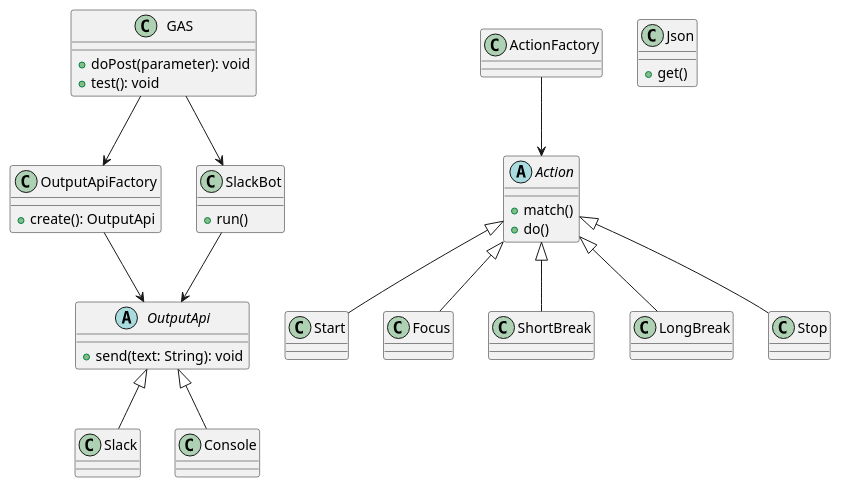
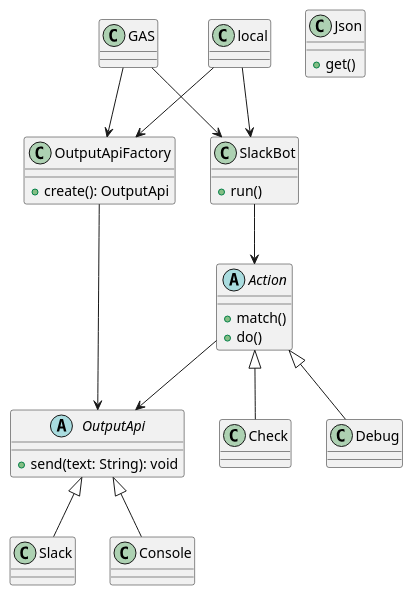
Before and after one commit to cajonito/gym_record: the diagram in doc/class.pu, drawn with PlantUML.

Commit message:
クラス図の修正 #19

```diff
--- a/doc/class.pu
+++ b/doc/class.pu
@@ -1,52 +1,47 @@
 @startuml class
 class GAS {
-  + doPost(parameter): void
-  + test(): void
 }
+
+class local {
+}
+
 
 class OutputApiFactory {
   + create(): OutputApi
 }
 
 abstract OutputApi {
   + send(text: String): void
 }
 
 class Slack
 class Console
 
 OutputApi <|-- Slack
 OutputApi <|-- Console
 OutputApiFactory --> OutputApi
 
 class SlackBot {
   + run()
 }
 
 GAS --> SlackBot
 GAS --> OutputApiFactory
-SlackBot --> OutputApi
+local --> SlackBot
+local --> OutputApiFactory
+SlackBot --> Action
+Action --> OutputApi
 
-class ActionFactory
 abstract Action {
   + match()
   + do()
 }
-class Start
-class Focus
-class ShortBreak
-class LongBreak
-class Stop
 
-ActionFactory --> Action
-Action <|-- Start
-Action <|-- Focus
-Action <|-- ShortBreak
-Action <|-- LongBreak
-Action <|-- Stop
+Action <|-- Debug
+Action <|-- Check
 
 class Json {
   + get()
 }
 
 @enduml
```
